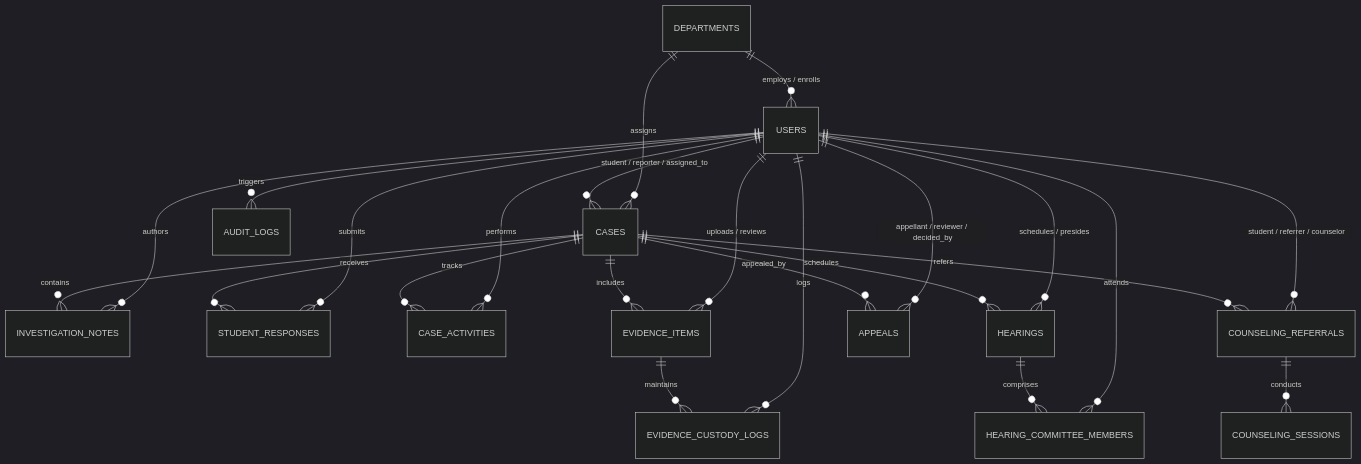
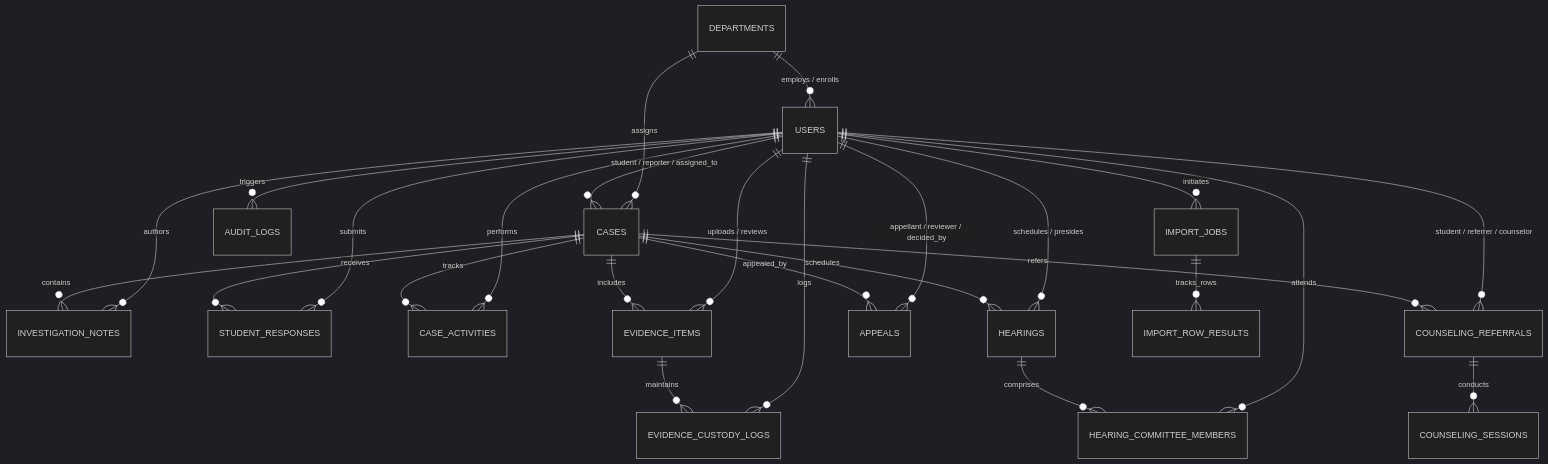
One commit to priyanshudubey8318/CIVNEXA changed the diagram in backend/docs/BE1_2_DATABASE_IMPLEMENTATION_REPORT.md. Above: the diagram before and after it, drawn with Mermaid (dark theme). The commit also changed other lines of this file, not shown here.

````diff
--- a/backend/docs/BE1_2_DATABASE_IMPLEMENTATION_REPORT.md
+++ b/backend/docs/BE1_2_DATABASE_IMPLEMENTATION_REPORT.md
@@ -40,28 +40,30 @@
 ```mermaid
 erDiagram
     DEPARTMENTS ||--o{ USERS : "employs / enrolls"
     DEPARTMENTS ||--o{ CASES : "assigns"
     USERS ||--o{ CASES : "student / reporter / assigned_to"
     USERS ||--o{ INVESTIGATION_NOTES : "authors"
     USERS ||--o{ STUDENT_RESPONSES : "submits"
     USERS ||--o{ CASE_ACTIVITIES : "performs"
     USERS ||--o{ EVIDENCE_ITEMS : "uploads / reviews"
     USERS ||--o{ EVIDENCE_CUSTODY_LOGS : "logs"
     USERS ||--o{ HEARINGS : "schedules / presides"
     USERS ||--o{ HEARING_COMMITTEE_MEMBERS : "attends"
     USERS ||--o{ APPEALS : "appellant / reviewer / decided_by"
     USERS ||--o{ COUNSELING_REFERRALS : "student / referrer / counselor"
     USERS ||--o{ AUDIT_LOGS : "triggers"
+    USERS ||--o{ IMPORT_JOBS : "initiates"
 
     CASES ||--o{ INVESTIGATION_NOTES : "contains"
     CASES ||--o{ STUDENT_RESPONSES : "receives"
     CASES ||--o{ CASE_ACTIVITIES : "tracks"
     CASES ||--o{ EVIDENCE_ITEMS : "includes"
     CASES ||--o{ HEARINGS : "schedules"
     CASES ||--o{ APPEALS : "appealed_by"
     CASES ||--o{ COUNSELING_REFERRALS : "refers"
 
     EVIDENCE_ITEMS ||--o{ EVIDENCE_CUSTODY_LOGS : "maintains"
     HEARINGS ||--o{ HEARING_COMMITTEE_MEMBERS : "comprises"
     COUNSELING_REFERRALS ||--o{ COUNSELING_SESSIONS : "conducts"
+    IMPORT_JOBS ||--o{ IMPORT_ROW_RESULTS : "tracks_rows"
 ```
````
